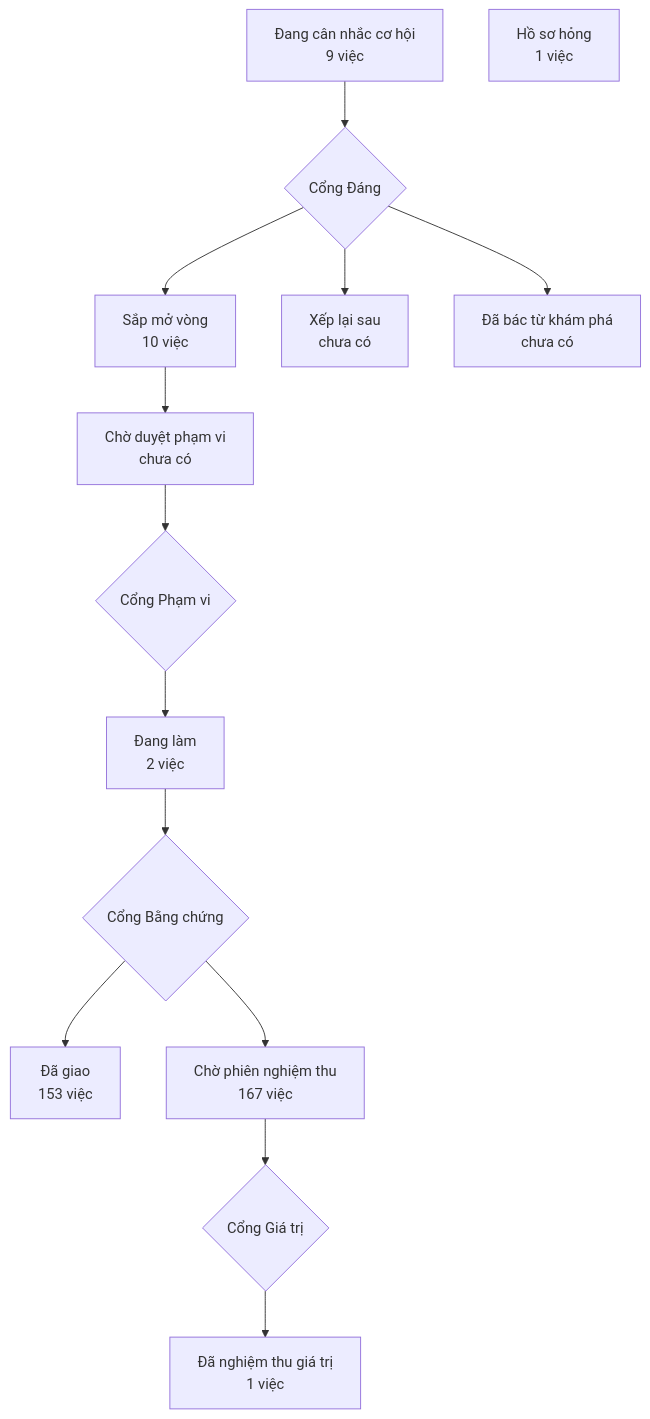
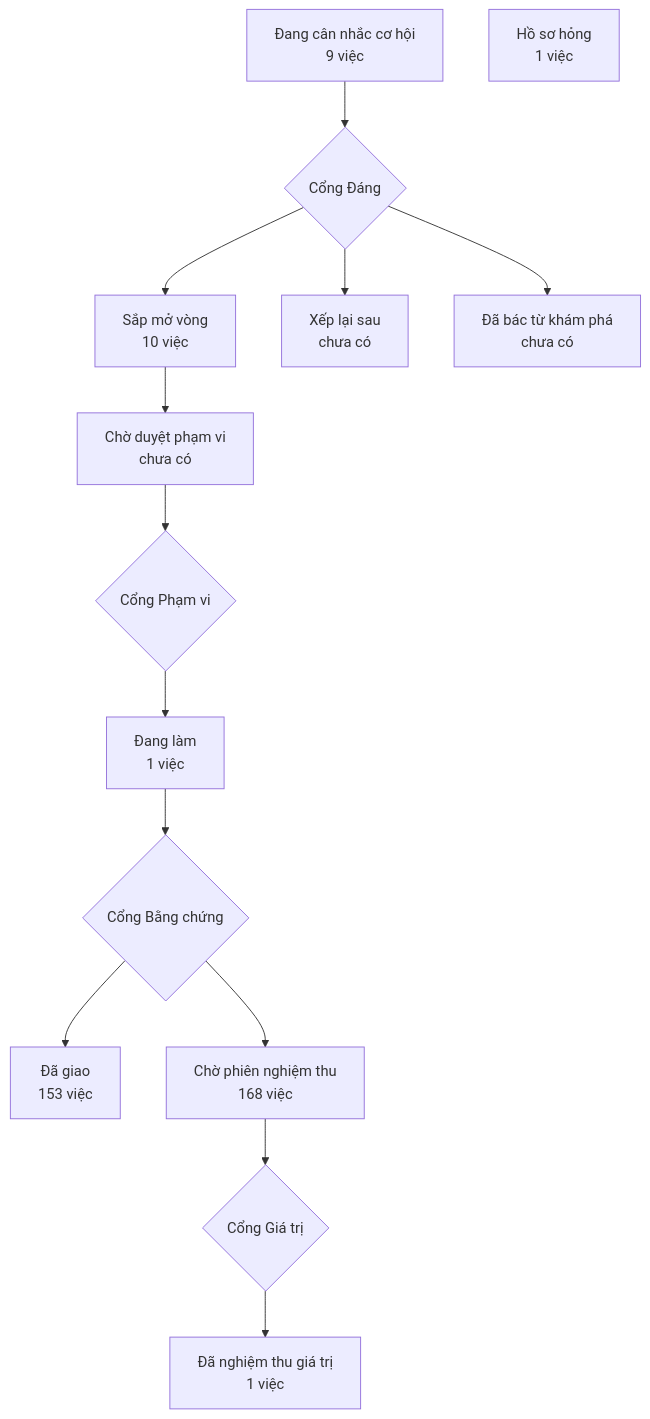
The diagram in PRODUCT-MAP.md (phanlemanh/crm-onehub), drawn with Mermaid before and after one commit. The commit also changed 1 other file, not shown here.

Commit message:
chore(loc-moi-truong): vẽ lại bản đồ ở lượt gộp cuối

````diff
--- a/PRODUCT-MAP.md
+++ b/PRODUCT-MAP.md
@@ -7,13 +7,13 @@
 ```mermaid
 flowchart TD
   A["Đang cân nhắc cơ hội<br/>9 việc"] --> GD{"Cổng Đáng"}
   GD --> B["Sắp mở vòng<br/>10 việc"]
   GD --> XL["Xếp lại sau<br/>chưa có"]
   GD --> DB["Đã bác từ khám phá<br/>chưa có"]
   B --> CD["Chờ duyệt phạm vi<br/>chưa có"] --> GP{"Cổng Phạm vi"}
-  GP --> DL["Đang làm<br/>2 việc"] --> GB{"Cổng Bằng chứng"}
+  GP --> DL["Đang làm<br/>1 việc"] --> GB{"Cổng Bằng chứng"}
   GB --> DG["Đã giao<br/>153 việc"]
-  GB --> CN["Chờ phiên nghiệm thu<br/>167 việc"] --> GG{"Cổng Giá trị"}
+  GB --> CN["Chờ phiên nghiệm thu<br/>168 việc"] --> GG{"Cổng Giá trị"}
   GG --> NT["Đã nghiệm thu giá trị<br/>1 việc"]
   HS["Hồ sơ hỏng<br/>1 việc"]
 ```
````
